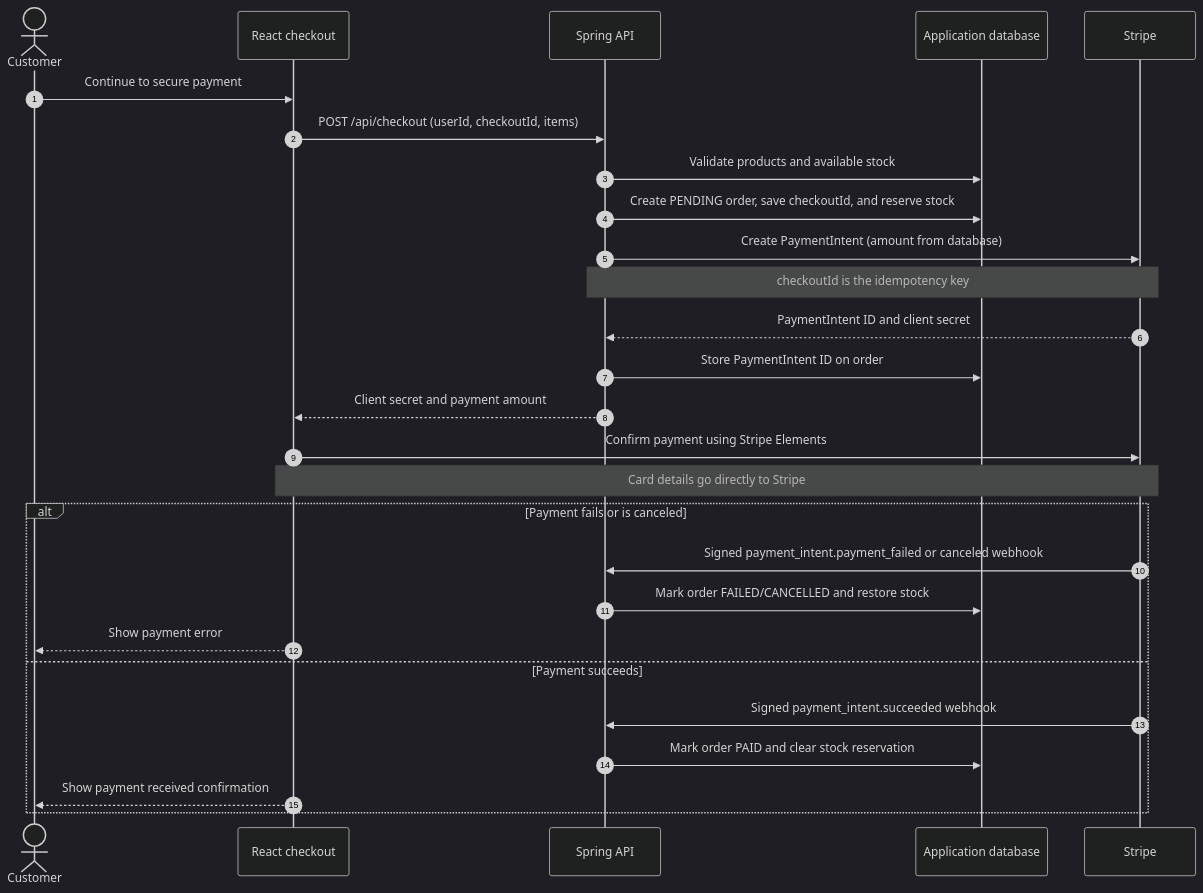
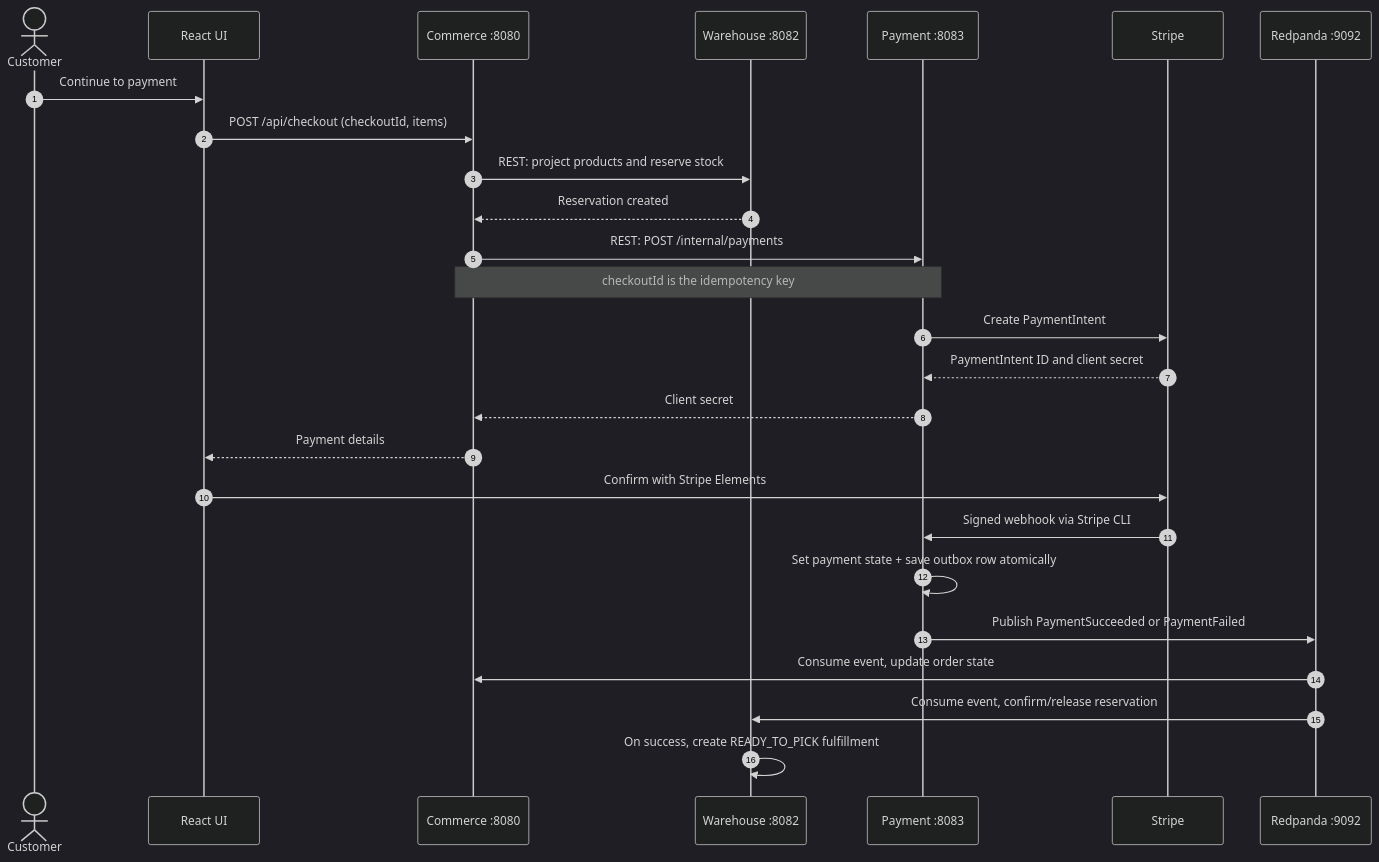
The diagram in PAYMENT_PROCESS_FLOW.md (kenwan006/ecommerce-platform), drawn with Mermaid (dark theme) before and after one commit. The commit also changed other lines of this file and 5 other files, not shown here.

Commit message:
Document rebuilt service architecture

````diff
--- a/PAYMENT_PROCESS_FLOW.md
+++ b/PAYMENT_PROCESS_FLOW.md
@@ -3,31 +3,29 @@
 ```mermaid
 sequenceDiagram
     autonumber
     actor Customer
-    participant UI as React checkout
-    participant API as Spring API
-    participant DB as Application database
-    participant Stripe as Stripe
+    participant UI as React UI
+    participant Commerce as Commerce :8080
+    participant Warehouse as Warehouse :8082
+    participant Payment as Payment :8083
+    participant Stripe
+    participant Kafka as Redpanda :9092
 
-    Customer->>UI: Continue to secure payment
-    UI->>API: POST /api/checkout (userId, checkoutId, items)
-    API->>DB: Validate products and available stock
-    API->>DB: Create PENDING order, save checkoutId, and reserve stock
-    API->>Stripe: Create PaymentIntent (amount from database)
-    Note over API,Stripe: checkoutId is the idempotency key
-    Stripe-->>API: PaymentIntent ID and client secret
-    API->>DB: Store PaymentIntent ID on order
-    API-->>UI: Client secret and payment amount
-    UI->>Stripe: Confirm payment using Stripe Elements
-    Note over UI,Stripe: Card details go directly to Stripe
-
-    alt Payment fails or is canceled
-        Stripe->>API: Signed payment_intent.payment_failed or canceled webhook
-        API->>DB: Mark order FAILED/CANCELLED and restore stock
-        UI-->>Customer: Show payment error
-    else Payment succeeds
-        Stripe->>API: Signed payment_intent.succeeded webhook
-        API->>DB: Mark order PAID and clear stock reservation
-        UI-->>Customer: Show payment received confirmation
-    end
+    Customer->>UI: Continue to payment
+    UI->>Commerce: POST /api/checkout (checkoutId, items)
+    Commerce->>Warehouse: REST: project products and reserve stock
+    Warehouse-->>Commerce: Reservation created
+    Commerce->>Payment: REST: POST /internal/payments
+    Note over Commerce,Payment: checkoutId is the idempotency key
+    Payment->>Stripe: Create PaymentIntent
+    Stripe-->>Payment: PaymentIntent ID and client secret
+    Payment-->>Commerce: Client secret
+    Commerce-->>UI: Payment details
+    UI->>Stripe: Confirm with Stripe Elements
+    Stripe->>Payment: Signed webhook via Stripe CLI
+    Payment->>Payment: Set payment state + save outbox row atomically
+    Payment->>Kafka: Publish PaymentSucceeded or PaymentFailed
+    Kafka->>Commerce: Consume event, update order state
+    Kafka->>Warehouse: Consume event, confirm/release reservation
+    Warehouse->>Warehouse: On success, create READY_TO_PICK fulfillment
 ```
````
